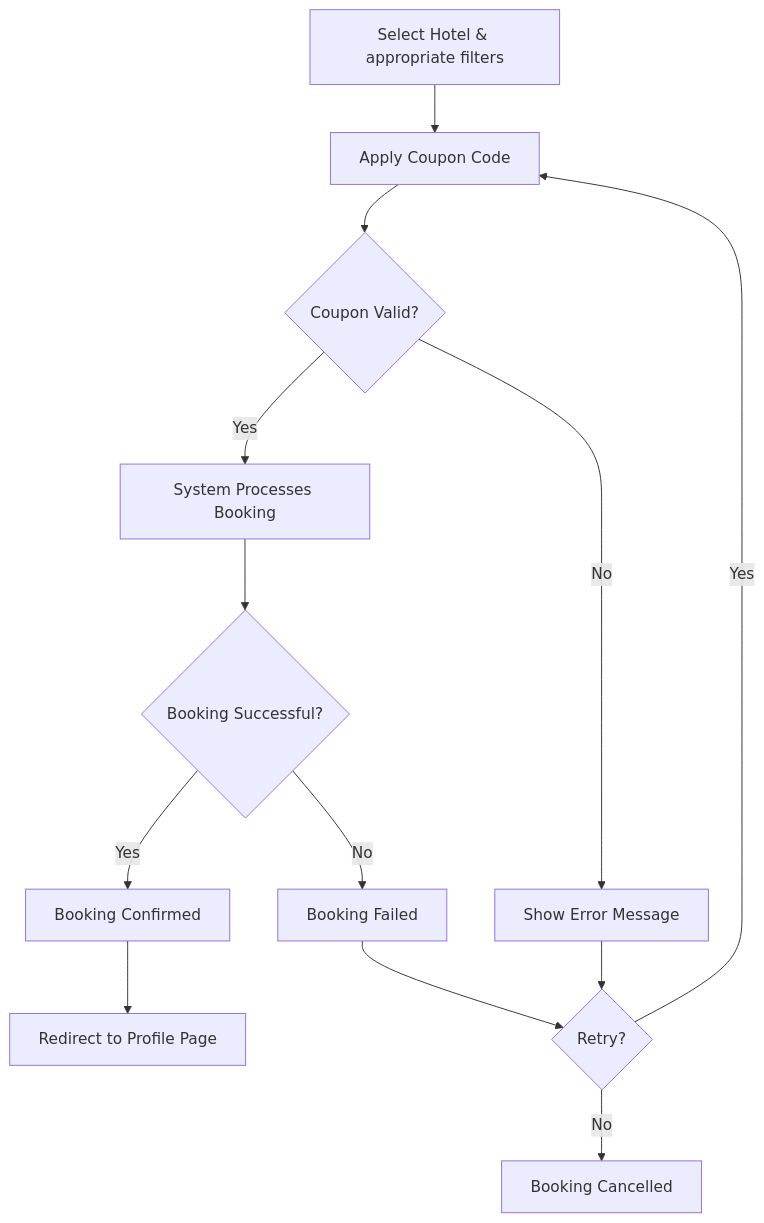
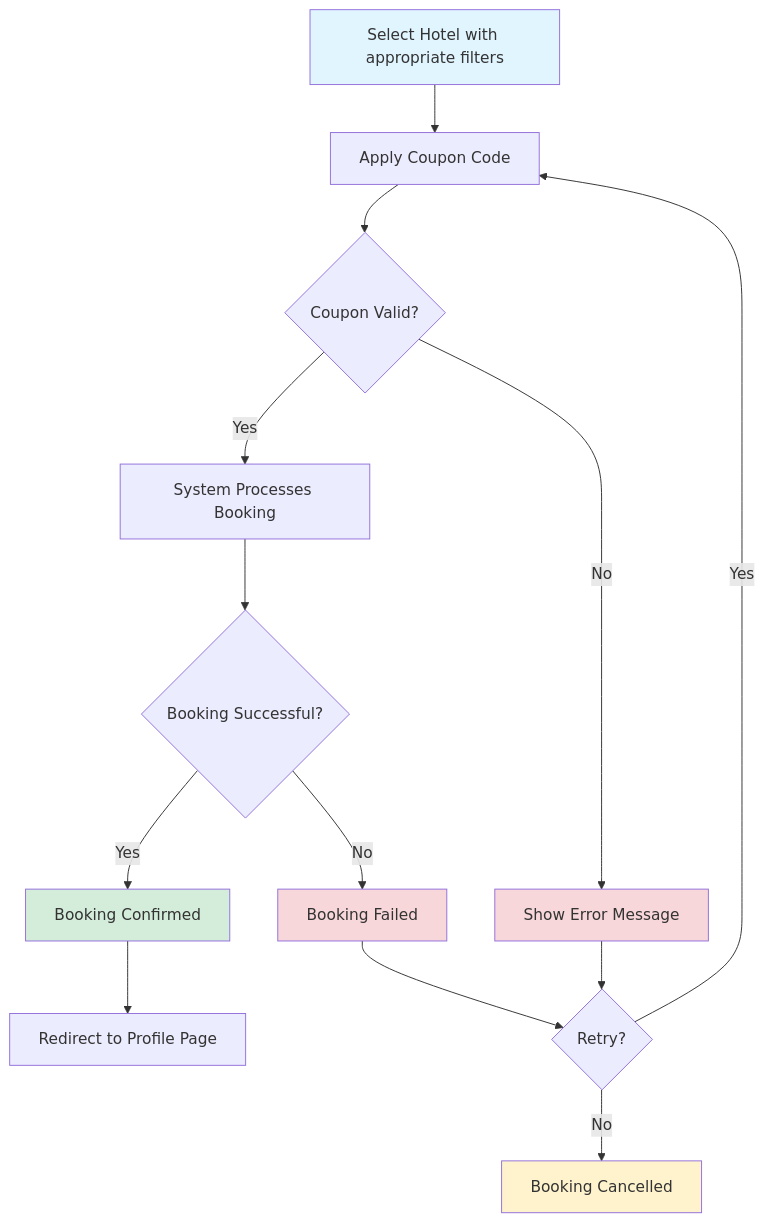
One commit to Khush-GKMIT/Hotel-Management-System-Docs changed the diagram in docs/functional.md. Above: the diagram before and after it, drawn with Mermaid. The commit also changed other lines of this file and 16 other files, not shown here.

Commit message:
docs: added data modeling diagram

````diff
--- a/docs/functional.md
+++ b/docs/functional.md
@@ -48,15 +50,21 @@
 ```mermaid
 flowchart TD
-    Start[Select Hotel & appropriate filters] --> Coupon[Apply Coupon Code]
+    Start[Select Hotel with appropriate filters] --> Coupon[Apply Coupon Code]
     Coupon --> Validate{Coupon Valid?}
     Validate -->|Yes| Process[System Processes Booking]
     Validate -->|No| Error[Show Error Message]
     Error --> Retry{Retry?}
     Retry -->|Yes| Coupon
     Retry -->|No| Cancel[Booking Cancelled]
     Process --> Confirm{Booking Successful?}
     Confirm -->|Yes| Success[Booking Confirmed]
     Confirm -->|No| Failed[Booking Failed]
     Success --> Profile[Redirect to Profile Page]
     Failed --> Retry
+    
+    style Start fill:#e1f5ff
+    style Success fill:#d4edda
+    style Error fill:#f8d7da
+    style Failed fill:#f8d7da
+    style Cancel fill:#fff3cd
 ```
````
